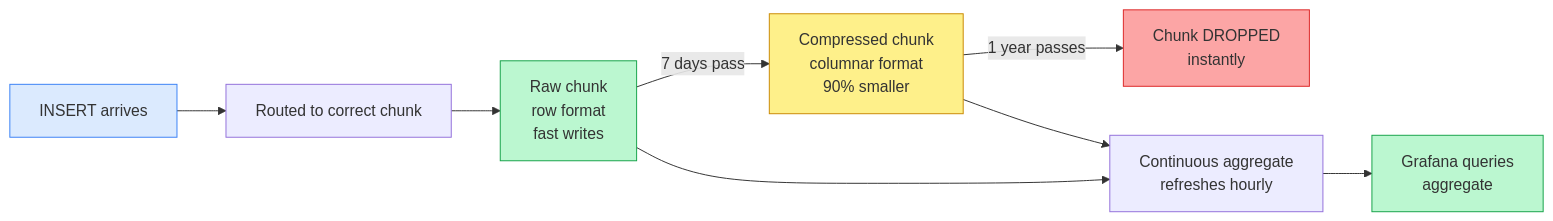
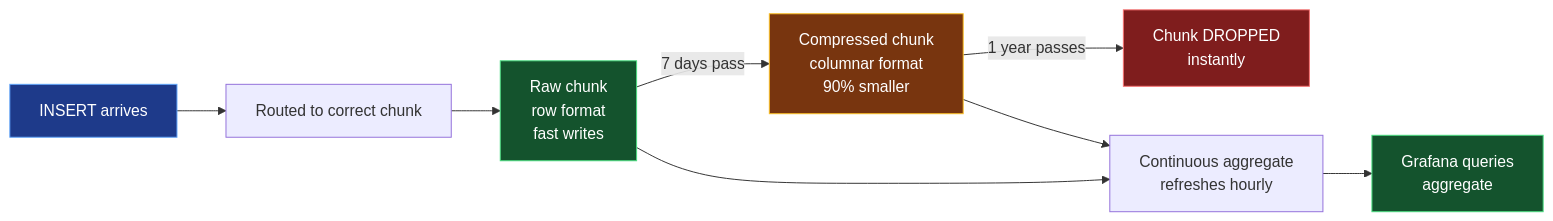
Before and after one commit to mjameer/RareLearning: the seventh of 8 diagrams in DB/TimeScaleDb.md, drawn with Mermaid. The commit also changed other lines of this file, not shown here.

````diff
--- a/DB/TimeScaleDb.md
+++ b/DB/TimeScaleDb.md
@@ -688,23 +688,23 @@
 ```mermaid
 flowchart LR
     A["INSERT arrives"]
     B["Routed to correct chunk"]
     C["Raw chunk\nrow format\nfast writes"]
     D["Compressed chunk\ncolumnar format\n90% smaller"]
     E["Chunk DROPPED\ninstantly"]
     F["Continuous aggregate\nrefreshes hourly"]
     G["Grafana queries\naggregate"]
 
     A --> B --> C
     C -->|"7 days pass"| D
     D -->|"1 year passes"| E
     C --> F
     D --> F
     F --> G
 
-    style A fill:#dbeafe,stroke:#3b82f6
-    style C fill:#bbf7d0,stroke:#16a34a
-    style D fill:#fef08a,stroke:#ca8a04
-    style E fill:#fca5a5,stroke:#dc2626
-    style G fill:#bbf7d0,stroke:#16a34a
+    style A fill:#1e3a8a,stroke:#60a5fa,color:#ffffff
+    style C fill:#14532d,stroke:#4ade80,color:#ffffff
+    style D fill:#78350f,stroke:#fbbf24,color:#ffffff
+    style E fill:#7f1d1d,stroke:#f87171,color:#ffffff
+    style G fill:#14532d,stroke:#4ade80,color:#ffffff
 ```
````
